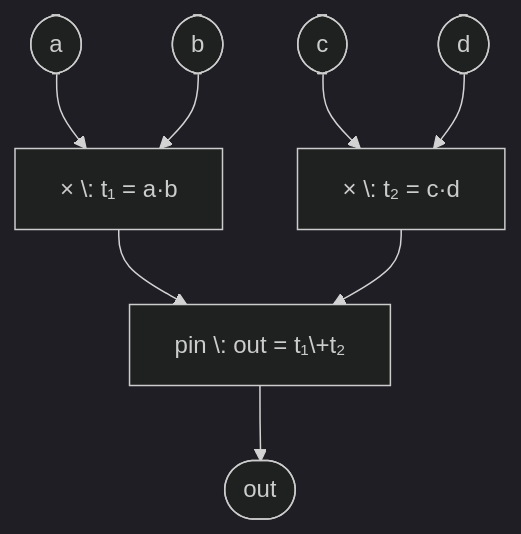
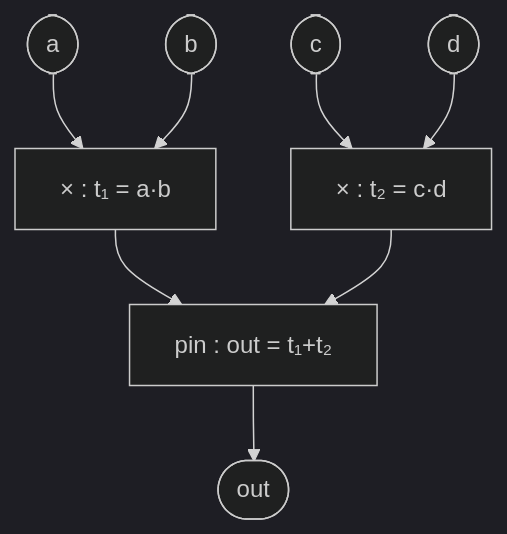
The first of 2 diagrams in content/zkverify-series/arithmetic-circuits/a1-worked-examples.md (nhatminh65537/kitsu-quartz), drawn with Mermaid (dark theme) before and after one commit. The commit also changed 127 other files, not shown here.

````diff
--- a/content/zkverify-series/arithmetic-circuits/a1-worked-examples.md
+++ b/content/zkverify-series/arithmetic-circuits/a1-worked-examples.md
@@ -18,7 +18,7 @@
 ```mermaid
 graph TD
-    a([a]) & b([b]) --> mul1["× \: t₁ = a·b"]
-    c([c]) & d([d]) --> mul2["× \: t₂ = c·d"]
-    mul1 & mul2 --> pin["pin \: out = t₁\+t₂"]
+    a([a]) & b([b]) --> mul1["× : t₁ = a·b"]
+    c([c]) & d([d]) --> mul2["× : t₂ = c·d"]
+    mul1 & mul2 --> pin["pin : out = t₁+t₂"]
     pin --> out(["out"])
 ```
````
